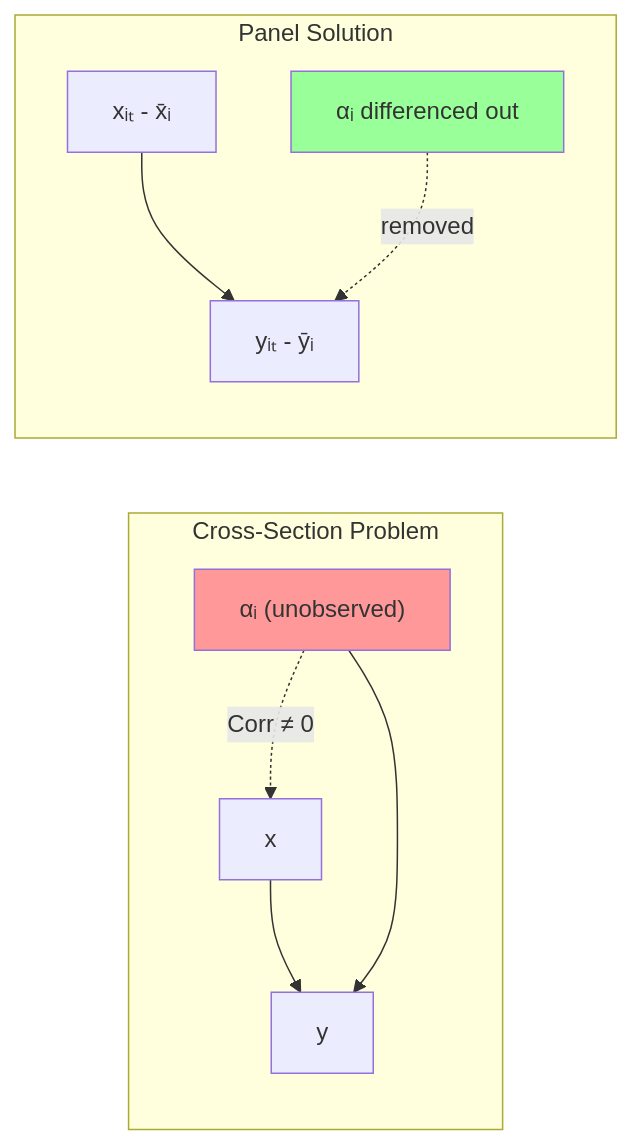
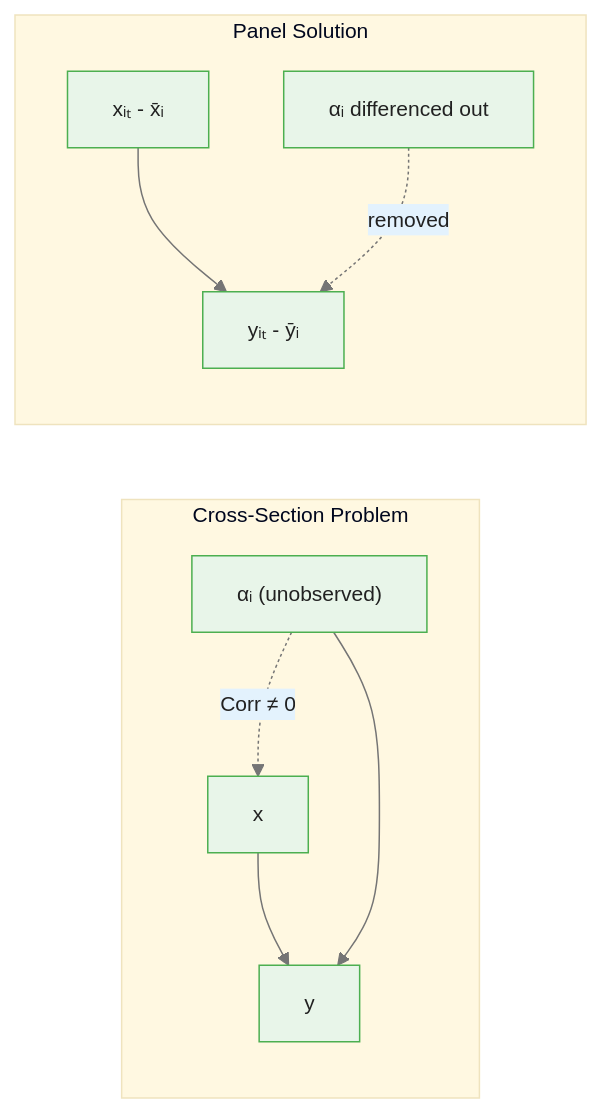
One commit to m-deane/course-creator changed the second of 4 diagrams in courses/panel-regression/modules/module_00_foundations/guides/01_panel_data_concepts_slides.md. Above: the diagram before and after it, drawn with Mermaid. The commit also changed other lines of this file and 79 other files, not shown here.

````diff
--- a/courses/panel-regression/modules/module_00_foundations/guides/01_panel_data_concepts_slides.md
+++ b/courses/panel-regression/modules/module_00_foundations/guides/01_panel_data_concepts_slides.md
@@ -103,14 +132,13 @@
 ```mermaid
+%%{init: {"theme": "base", "themeVariables": {"primaryColor": "#e8f5e9", "primaryBorderColor": "#4caf50", "primaryTextColor": "#212121", "secondaryColor": "#e3f2fd", "tertiaryColor": "#fff8e1", "lineColor": "#757575", "fontFamily": "Inter, sans-serif", "fontSize": "14px"}}}%%
 flowchart LR
     subgraph "Cross-Section Problem"
         X1["x"] --> Y1["y"]
         A1["αᵢ (unobserved)"] --> Y1
         A1 -.->|"Corr ≠ 0"| X1
-        style A1 fill:#f99
-    end
+            end
     subgraph "Panel Solution"
         X2["xᵢₜ - x̄ᵢ"] --> Y2["yᵢₜ - ȳᵢ"]
         A2["αᵢ differenced out"] -.->|"removed"| Y2
-        style A2 fill:#9f9
-    end
+            end
 ```
````
